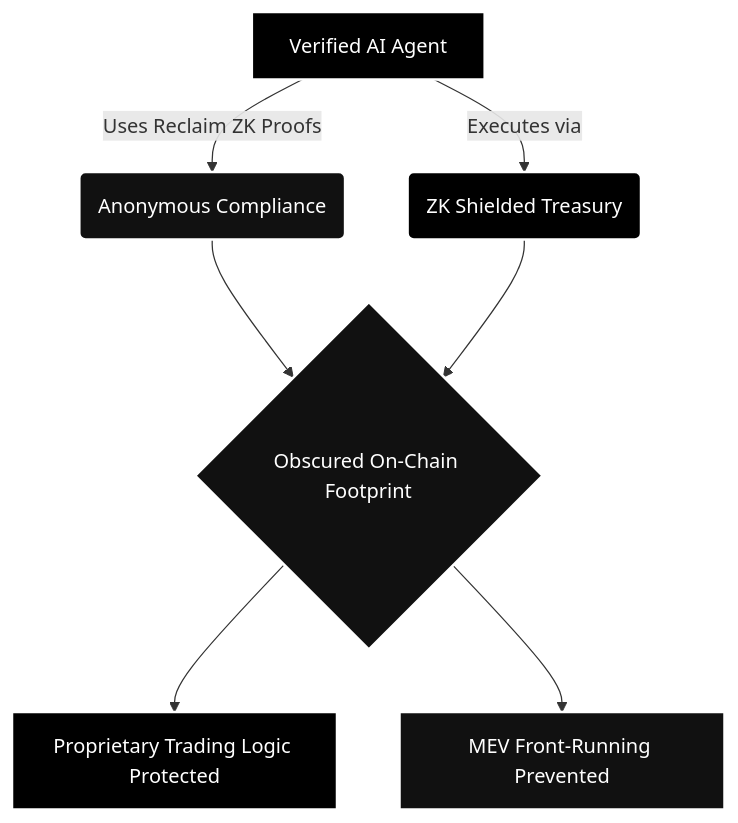
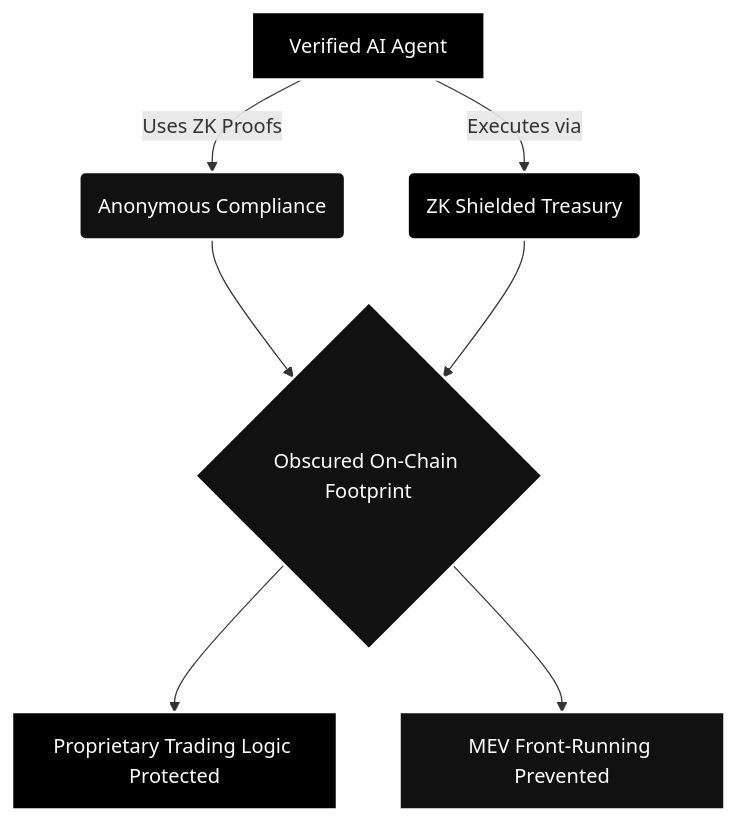
The third of 3 diagrams in concepts/guardrails.mdx (TRECC-eth/docs), drawn with Mermaid before and after one commit. The commit also changed other lines of this file, not shown here.

Commit message:
new commit

````diff
--- a/concepts/guardrails.mdx
+++ b/concepts/guardrails.mdx
@@ -113,19 +113,19 @@
 ```mermaid
 graph TD
-    A[Verified AI Agent] -->|Uses Reclaim ZK Proofs| B(Anonymous Compliance)
+    A[Verified AI Agent] -->|Uses ZK Proofs| B(Anonymous Compliance)
     A -->|Executes via| C(ZK Shielded Treasury)
     
     B --> D{Obscured On-Chain Footprint}
     C --> D
     
     D --> E[Proprietary Trading Logic Protected]
     D --> F[MEV Front-Running Prevented]
 
     style A fill:#000000,stroke:#ffffff,color:#ffffff,stroke-width:2px
     style B fill:#111111,stroke:#ffffff,color:#ffffff,stroke-width:2px
     style C fill:#000000,stroke:#ffffff,color:#ffffff,stroke-width:2px
     style D fill:#111111,stroke:#ffffff,color:#ffffff,stroke-width:2px
     style E fill:#000000,stroke:#ffffff,color:#ffffff,stroke-width:2px
     style F fill:#111111,stroke:#ffffff,color:#ffffff,stroke-width:2px
 
 ```
````
